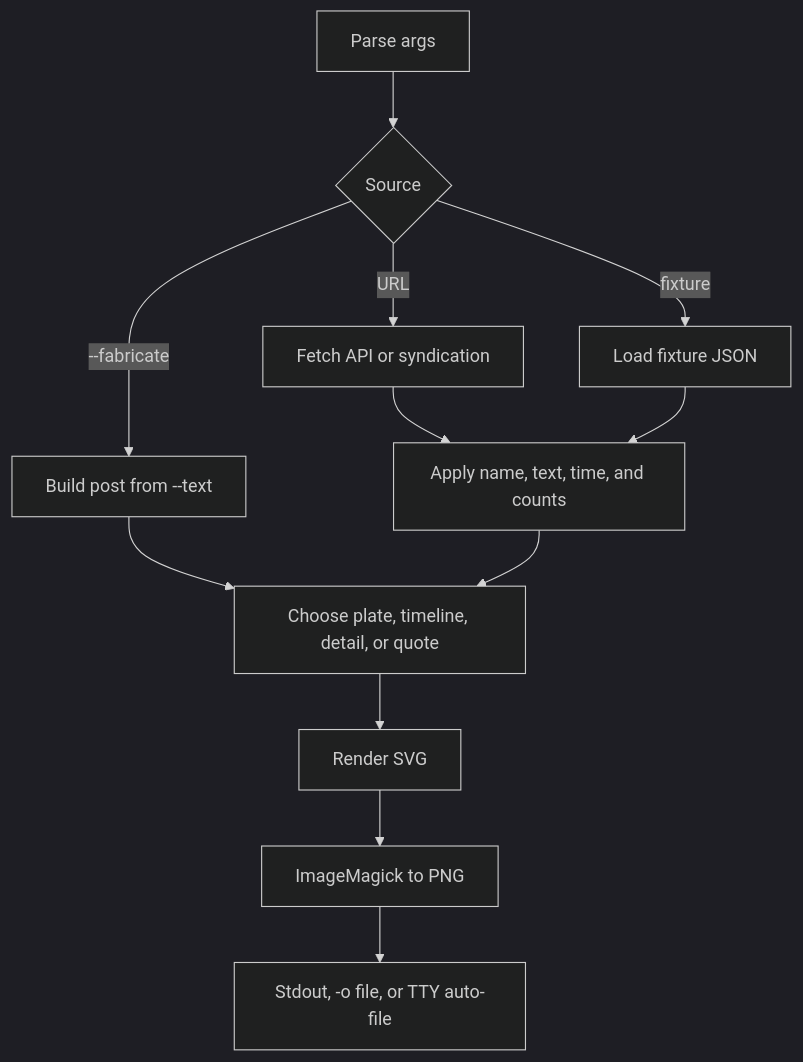
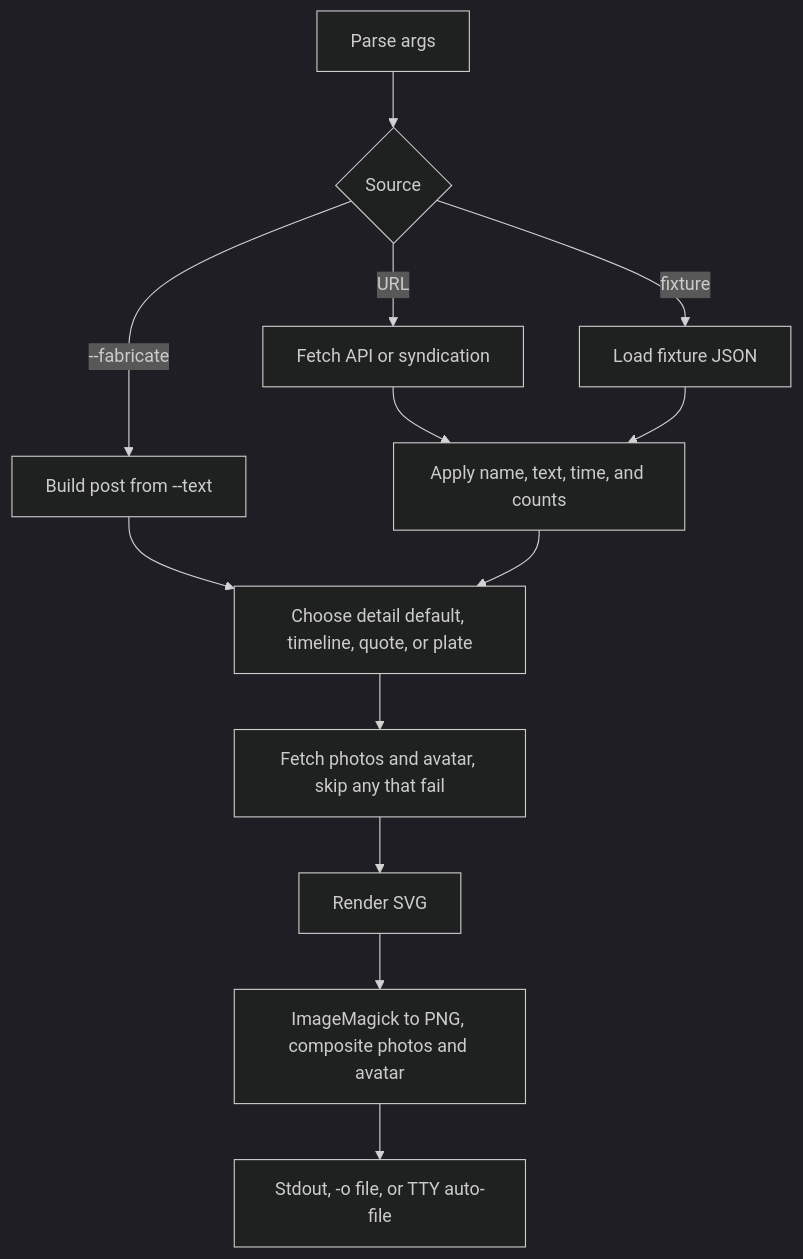
One commit to jspeaks/xpostplate changed the diagram in docs/architecture.md. Above: the diagram before and after it, drawn with Mermaid (dark theme). The commit also changed 15 other files, not shown here.

````diff
--- a/docs/architecture.md
+++ b/docs/architecture.md
@@ -5,14 +5,15 @@
 ```mermaid
 flowchart TD
   args[Parse args] --> source{Source}
   source -->|URL| fetch[Fetch API or syndication]
   source -->|fixture| fixture[Load fixture JSON]
   source -->|--fabricate| made[Build post from --text]
   fetch --> overrides[Apply name, text, time, and counts]
   fixture --> overrides
-  made --> view[Choose plate, timeline, detail, or quote]
+  made --> view[Choose detail default, timeline, quote, or plate]
   overrides --> view
-  view --> svg[Render SVG]
-  svg --> magick[ImageMagick to PNG]
+  view --> images[Fetch photos and avatar, skip any that fail]
+  images --> svg[Render SVG]
+  svg --> magick[ImageMagick to PNG, composite photos and avatar]
   magick --> out[Stdout, -o file, or TTY auto-file]
 ```
````
